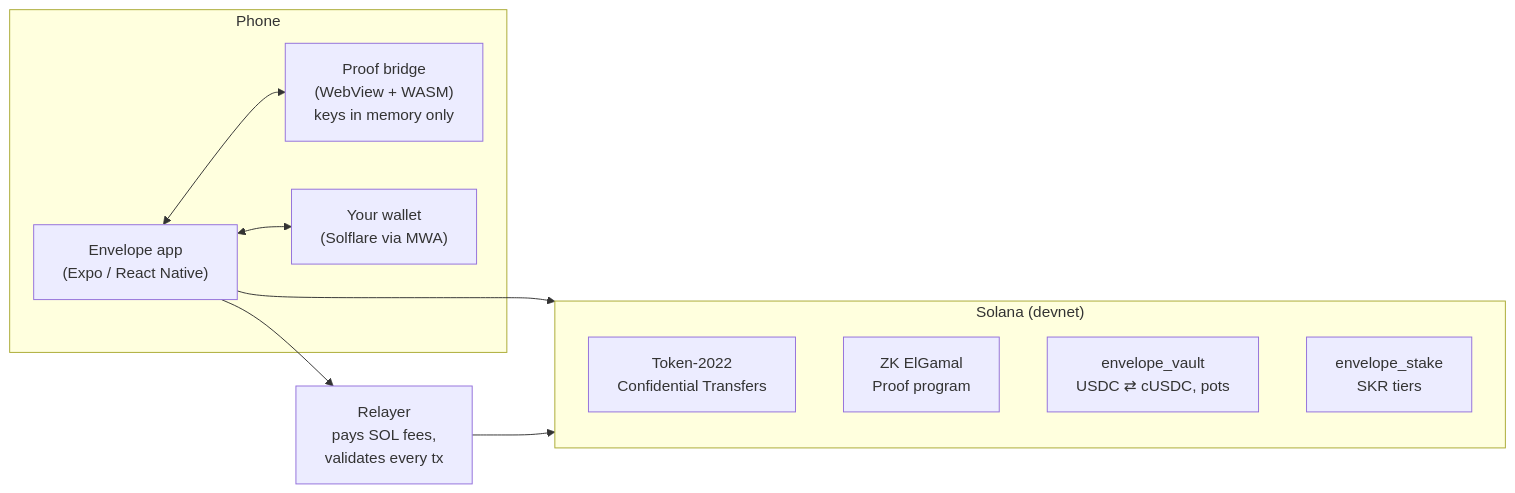
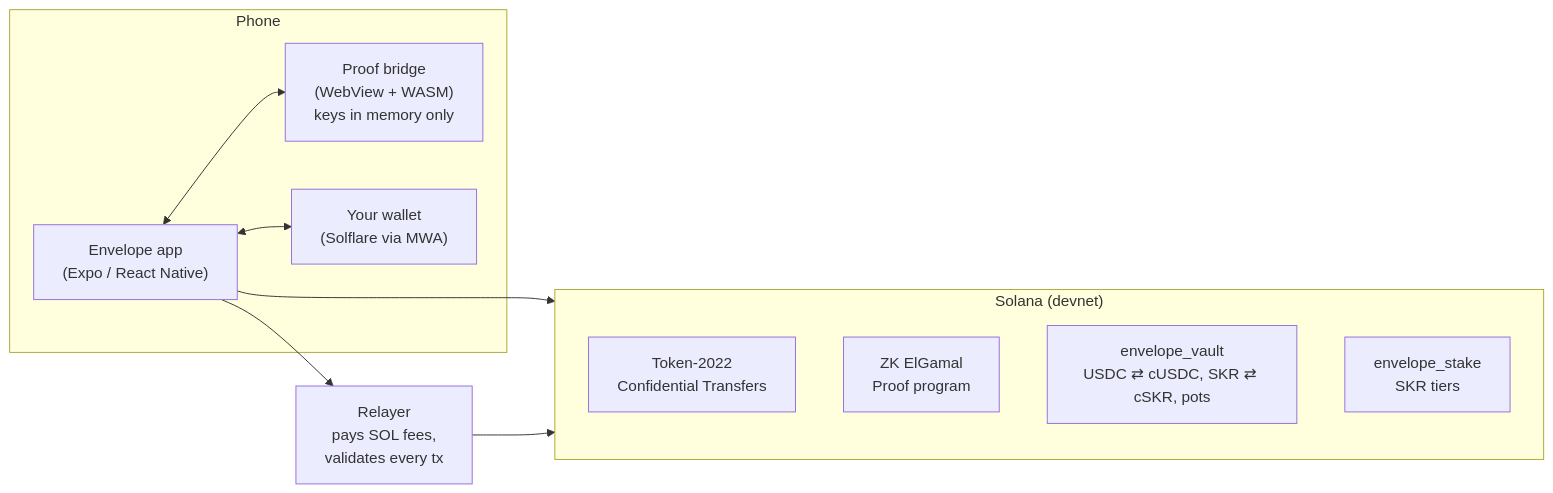
Before and after one commit to ETIM-PAUL/Envelope: the diagram in README.md, drawn with Mermaid. The commit also changed other lines of this file and 73 other files, not shown here.

````diff
--- a/README.md
+++ b/README.md
@@ -47,20 +49,20 @@
 ```mermaid
 flowchart LR
   subgraph Phone
     App["Envelope app<br/>(Expo / React Native)"]
     Bridge["Proof bridge<br/>(WebView + WASM)<br/>keys in memory only"]
     Wallet["Your wallet<br/>(Solflare via MWA)"]
     App <--> Bridge
     App <--> Wallet
   end
   Relayer["Relayer<br/>pays SOL fees,<br/>validates every tx"]
   subgraph Solana["Solana (devnet)"]
     CT["Token-2022<br/>Confidential Transfers"]
     ZK["ZK ElGamal<br/>Proof program"]
-    Vault["envelope_vault<br/>USDC ⇄ cUSDC, pots"]
+    Vault["envelope_vault<br/>USDC ⇄ cUSDC, SKR ⇄ cSKR, pots"]
     Stake["envelope_stake<br/>SKR tiers"]
   end
   App --> Relayer
   App --> Solana
   Relayer --> Solana
 ```
````
